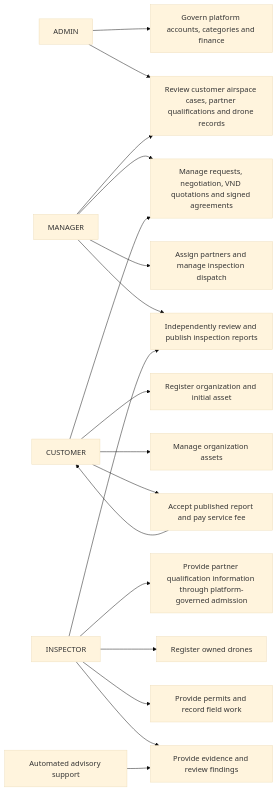
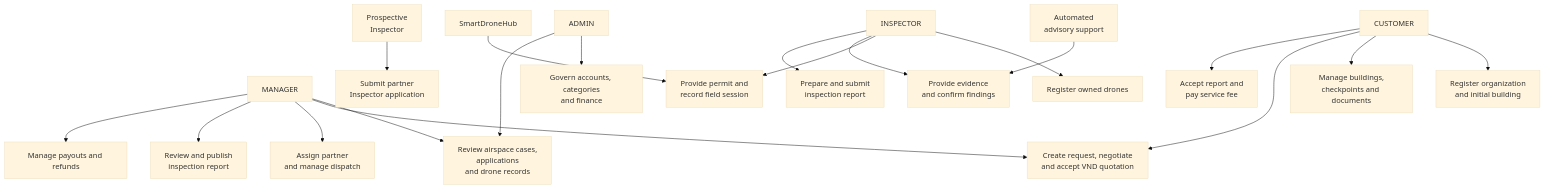
One commit to tungbach12/SmartDroneInspection-Docs changed the diagram in reports/report-3-software-requirement-specification/02-user-requirements.md. Above: the diagram before and after it, drawn with Mermaid (base theme). The commit also changed other lines of this file and 375 other files, not shown here.

````diff
--- a/reports/report-3-software-requirement-specification/02-user-requirements.md
+++ b/reports/report-3-software-requirement-specification/02-user-requirements.md
@@ -27,24 +28,51 @@
 ```mermaid
 %% title: Use Case Diagram
-flowchart LR
-  ADMIN["ADMIN"] --> GOV["Govern platform accounts, categories and finance"]
-  ADMIN --> REVIEW["Review customer airspace cases, partner qualifications and drone records"]
-  MANAGER["MANAGER"] --> REVIEW
-  MANAGER --> COMMERCIAL["Manage requests, negotiation, VND quotations and signed agreements"]
-  MANAGER --> DISPATCH["Assign partners and manage inspection dispatch"]
-  MANAGER --> REPORT["Independently review and publish inspection reports"]
+flowchart TD
+  ADMIN["ADMIN"]
+  MANAGER["MANAGER"]
+  CUSTOMER["CUSTOMER"]
+  INSPECTOR["INSPECTOR"]
+  PUBLIC["Prospective<br/>Inspector"]
 
-  CUSTOMER["CUSTOMER"] --> REGISTER["Register organization and initial asset"]
-  CUSTOMER --> ASSET["Manage organization assets"]
+  GOV["Govern accounts, categories<br/>and finance"]
+  REVIEW["Review airspace cases,<br/>applications<br/>and drone records"]
+  APPLY["Submit partner<br/>Inspector application"]
+  REGISTER["Register organization<br/>and initial building"]
+  BUILDING["Manage buildings,<br/>checkpoints and documents"]
+  DRONE["Register owned drones"]
+
+  COMMERCIAL["Create request, negotiate<br/>and accept VND quotation"]
+  DISPATCH["Assign partner<br/>and manage dispatch"]
+  PUBLISH["Review and publish<br/>inspection report"]
+  FINANCE["Manage payouts and refunds"]
+  FIELD["Provide permit and<br/>record field session"]
+  EVIDENCE["Provide evidence<br/>and confirm findings"]
+  PREPARE["Prepare and submit<br/>inspection report"]
+  PAYMENT["Accept report and<br/>pay service fee"]
+
+  AI["Automated<br/>advisory support"]
+  HUB["SmartDroneHub"]
+
+  ADMIN --> GOV
+  ADMIN --> REVIEW
+  MANAGER --> REVIEW
+  MANAGER --> COMMERCIAL
+  MANAGER --> DISPATCH
+  MANAGER --> PUBLISH
+  MANAGER --> FINANCE
+  CUSTOMER --> REGISTER
+  CUSTOMER --> BUILDING
   CUSTOMER --> COMMERCIAL
-  CUSTOMER --> PAYMENT["Accept published report and pay service fee"]
+  CUSTOMER --> PAYMENT
+  PUBLIC --> APPLY
+  INSPECTOR --> DRONE
+  INSPECTOR --> FIELD
+  INSPECTOR --> EVIDENCE
+  INSPECTOR --> PREPARE
+  AI --> EVIDENCE
+  HUB --> FIELD
 
-  INSPECTOR["INSPECTOR"] --> QUALIFY["Provide partner qualification information through platform-governed admission"]
-  INSPECTOR --> DRONE["Register owned drones"]
-  INSPECTOR --> FIELD["Provide permits and record field work"]
-  INSPECTOR --> EVIDENCE["Provide evidence and review findings"]
-  INSPECTOR --> REPORT
-
-  PAYMENT --> CUSTOMER
-  AI["Automated advisory support"] --> EVIDENCE
+  GOV ~~~ COMMERCIAL
+  REGISTER ~~~ COMMERCIAL
+  DRONE ~~~ COMMERCIAL
 ```
````
